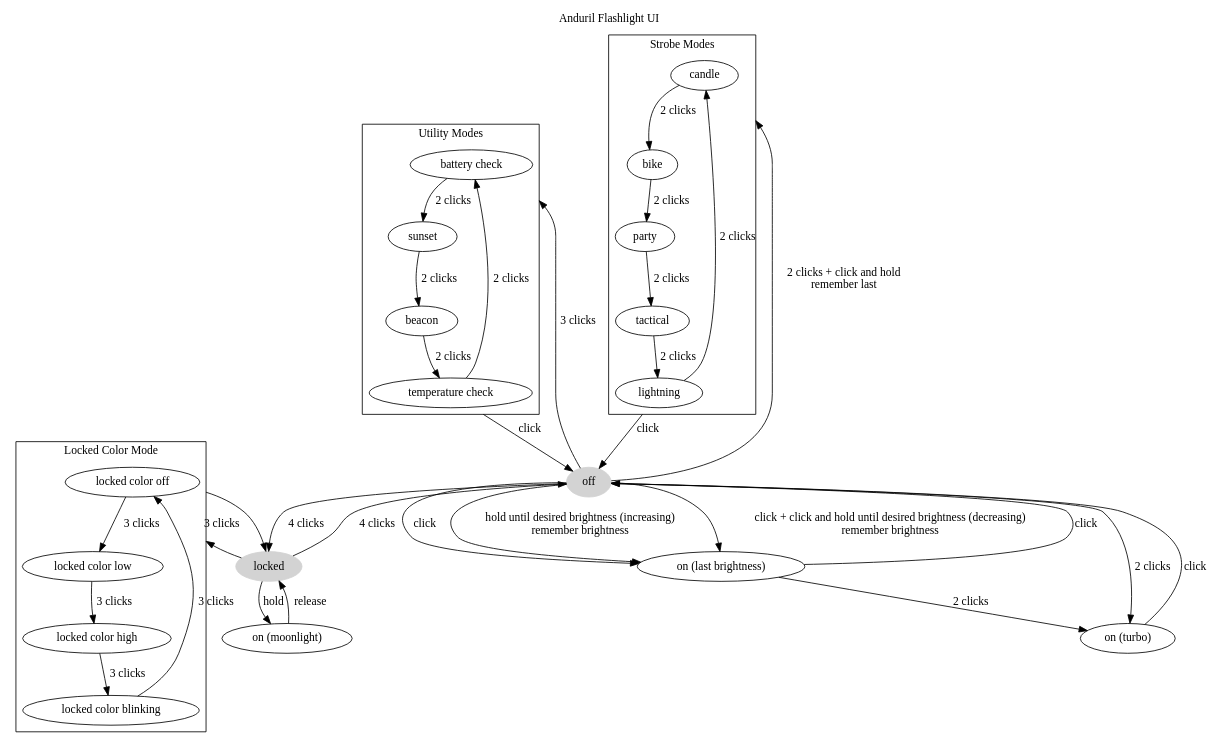
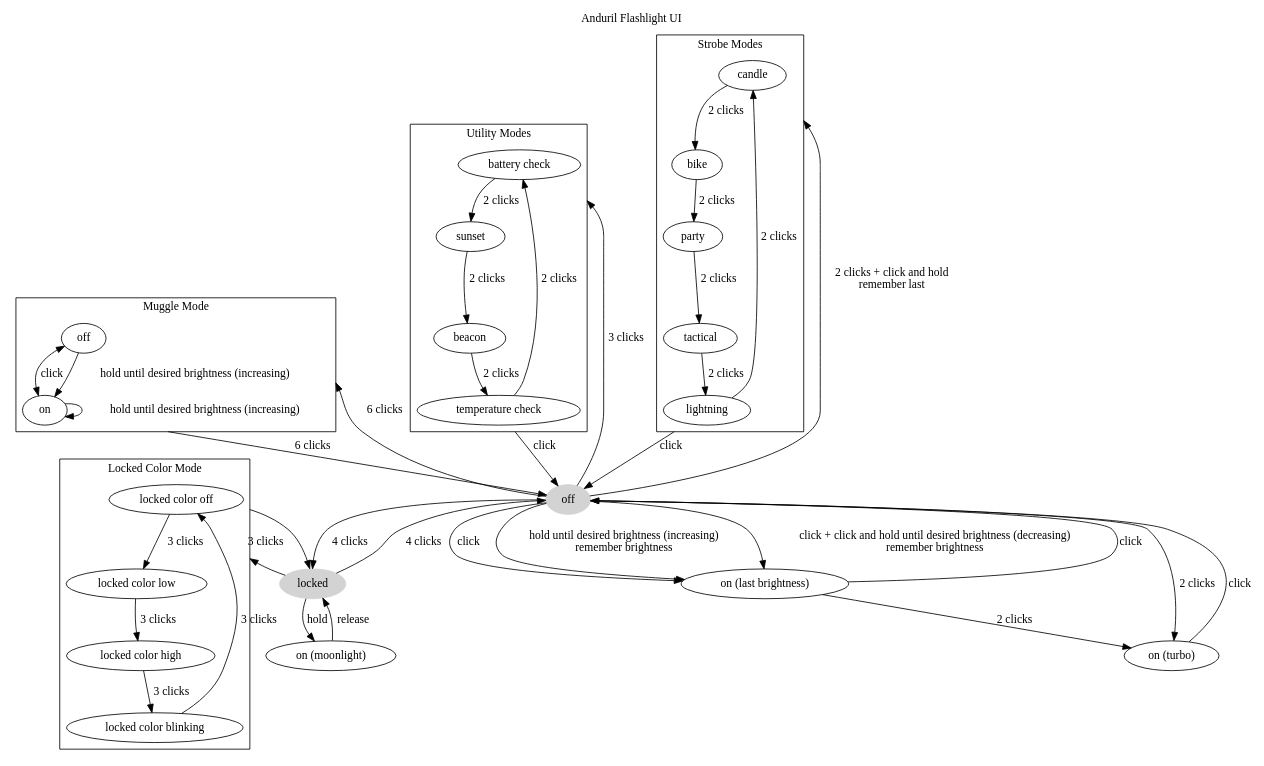
The diagram in ui.dot (mmb/anduril-ui-diagram), drawn with Graphviz before and after one commit. The commit also changed 2 other files, not shown here.

Commit message:
Add muggle mode

```diff
--- a/ui.dot
+++ b/ui.dot
@@ -1,52 +1,63 @@
 digraph {
   compound=true
 
   off[style="filled",color="lightgrey"]
   off -> "on (last brightness)"[label=click];
   off -> "on (last brightness)"[label="hold until desired brightness (increasing)\nremember brightness"];
   off -> "on (turbo)"[label="2 clicks"];
   off -> "on (last brightness)"[label="click + click and hold until desired brightness (decreasing)\nremember brightness"];
   off -> locked[label="4 clicks"];
+
+  label="Muggle Mode"
+  off -> "muggle off"[label="6 clicks",lhead=cluster_muggle];
+  "muggle on" -> off[label="6 clicks",ltail=cluster_muggle]
+  subgraph cluster_muggle {
+    "muggle off"[label=off];
+    "muggle on"[label=on];
+    "muggle off" -> "muggle on"[label=click,dir=both]
+    "muggle off" -> "muggle on"[label="hold until desired brightness (increasing)"]
+    "muggle on" -> "muggle on"[label="hold until desired brightness (increasing)"]
+  }
 
   label="Utility Modes"
   off -> "battery check"[label="3 clicks",lhead=cluster_utility];
   "temperature check" -> off[label=click,ltail=cluster_utility]
   subgraph cluster_utility {
     "battery check" -> sunset[label="2 clicks"]
     sunset -> beacon[label="2 clicks"]
     beacon -> "temperature check"[label="2 clicks"]
     "temperature check" -> "battery check"[label="2 clicks"]
   }
 
   label="Strobe Modes"
   off -> candle[label="2 clicks + click and hold\nremember last",lhead=cluster_strobe];
   lightning -> off[label=click,ltail=cluster_strobe];
   subgraph cluster_strobe {
     candle -> bike[label="2 clicks"]
     bike -> party[label="2 clicks"]
     party -> tactical[label="2 clicks"]
     tactical -> lightning[label="2 clicks"]
     lightning -> candle[label="2 clicks"]
   }
 
   locked[style=filled,color=lightgrey]
   locked -> off[label="4 clicks"];
   locked -> "on (moonlight)"[label=hold];
   locked -> "locked color off"[label="3 clicks",lhead=cluster_locked_color_mode];
   "locked color off" -> locked[ltail=cluster_locked_color_mode];
   label="Locked Color Mode"
   subgraph cluster_locked_color_mode {
     "locked color off" -> "locked color low"[label="3 clicks"]
     "locked color low" -> "locked color high"[label="3 clicks"]
     "locked color high" -> "locked color blinking"[label="3 clicks"]
     "locked color blinking" -> "locked color off"[label="3 clicks"]
   }
 
   "on (moonlight)" -> locked[label=release];
   "on (last brightness)" -> off[label=click];
   "on (last brightness)" -> "on (turbo)"[label="2 clicks"];
   "on (turbo)" -> off[label=click];
 
   label="Anduril Flashlight UI"
   labelloc=t
 }
```
